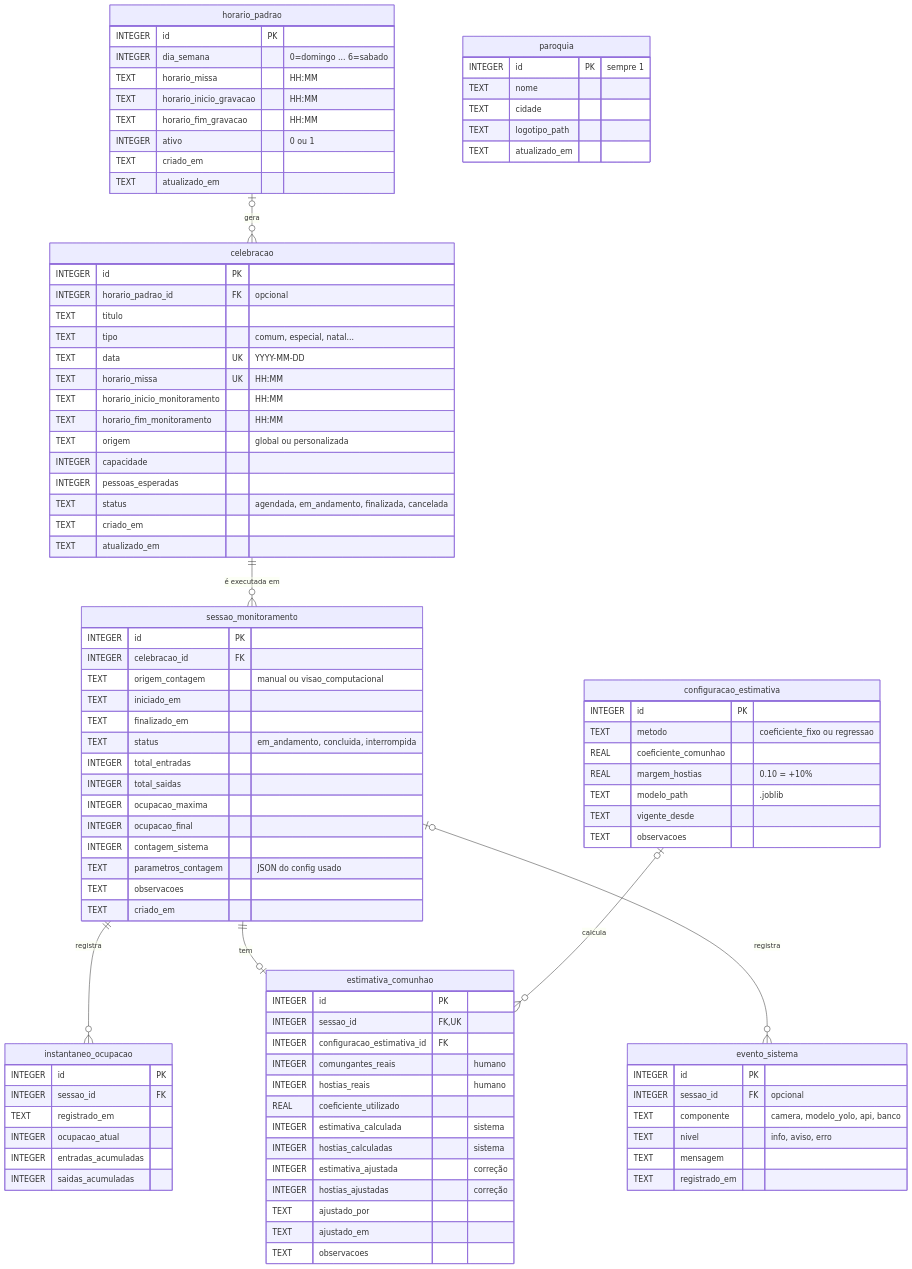
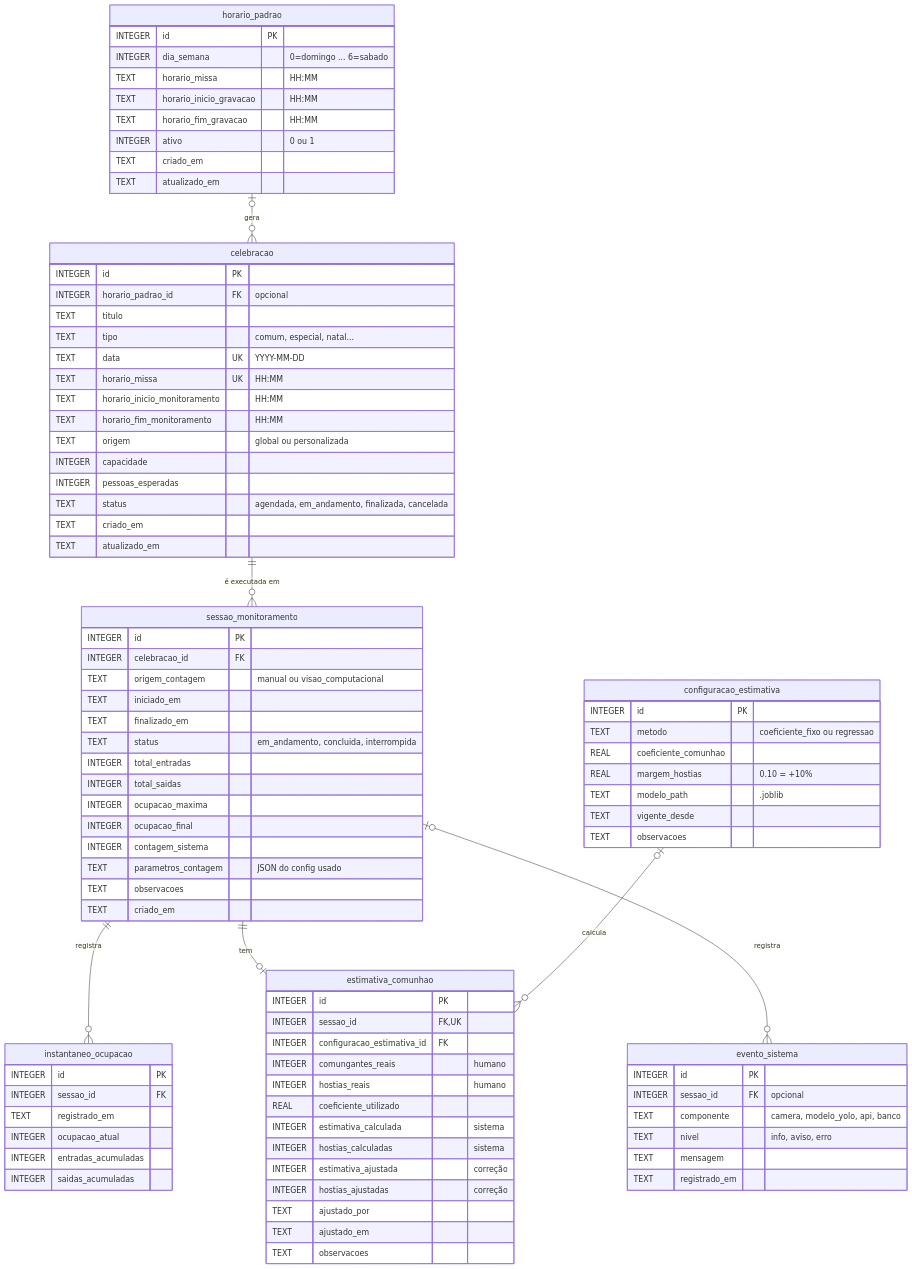
Before and after one commit to FelipeUemura11/EucharistCount-TCC: the first of 6 diagrams in backend/DOCUMENTACAO_BANCO.md, drawn with Mermaid. The commit also changed other lines of this file and 2 other files, not shown here.

```diff
--- a/backend/DOCUMENTACAO_BANCO.md
+++ b/backend/DOCUMENTACAO_BANCO.md
@@ -53,14 +53,6 @@
     sessao_monitoramento ||--o| estimativa_comunhao : "tem"
     configuracao_estimativa |o--o{ estimativa_comunhao : "calcula"
     sessao_monitoramento |o--o{ evento_sistema : "registra"
-
-    paroquia {
-        INTEGER id PK "sempre 1"
-        TEXT nome
-        TEXT cidade
-        TEXT logotipo_path
-        TEXT atualizado_em
-    }
 
     horario_padrao {
         INTEGER id PK
```
